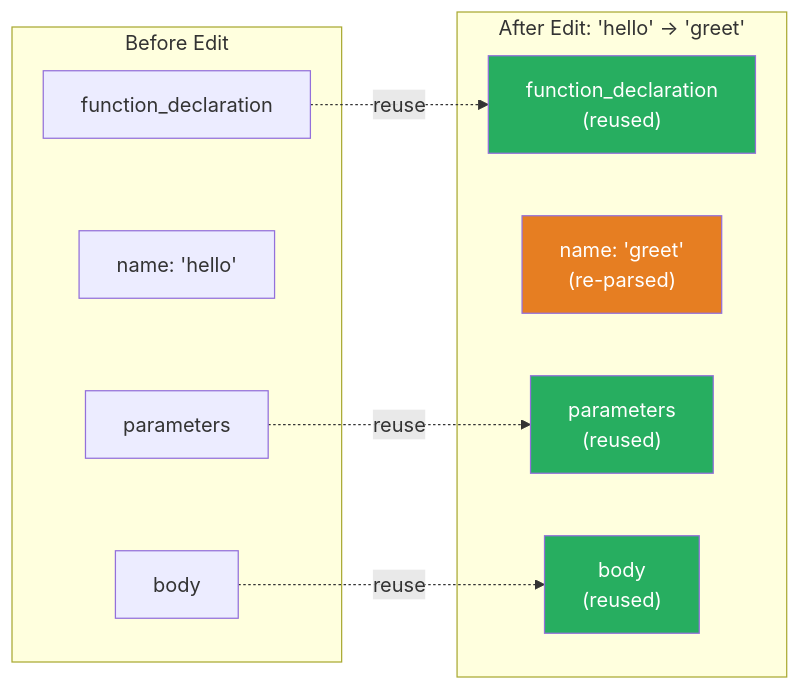
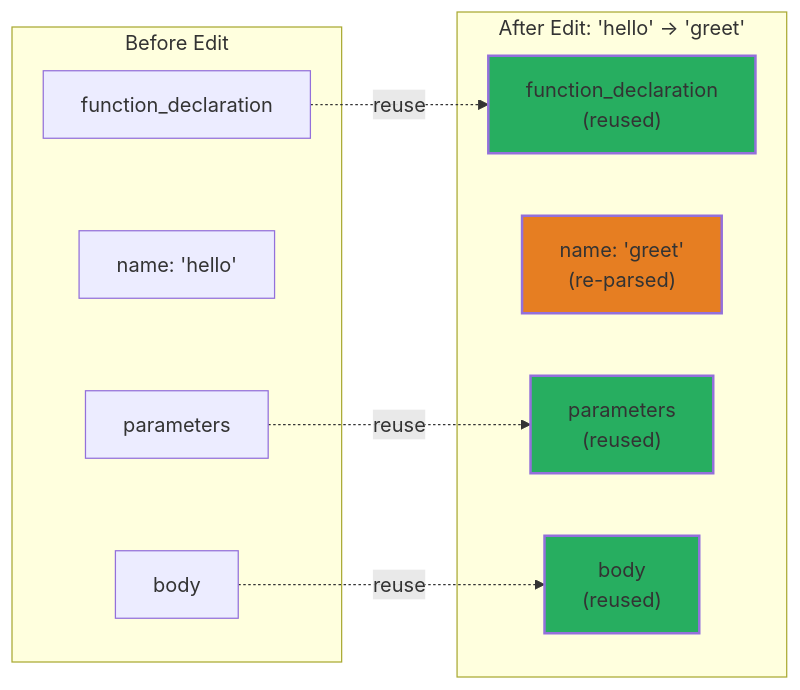
Before and after one commit to sampi02/amanmcp: the second of 9 diagrams in docs/concepts/tree-sitter-guide.md, drawn with Mermaid. The commit also changed other lines of this file and 59 other files, not shown here.

````diff
--- a/docs/concepts/tree-sitter-guide.md
+++ b/docs/concepts/tree-sitter-guide.md
@@ -65,25 +62,25 @@
 ```mermaid
 flowchart LR
     subgraph Before["Before Edit"]
         B1["function_declaration"]
         B2["name: 'hello'"]
         B3["parameters"]
         B4["body"]
     end
 
     subgraph After["After Edit: 'hello' → 'greet'"]
         A1["function_declaration<br/>(reused)"]
         A2["name: 'greet'<br/>(re-parsed)"]
         A3["parameters<br/>(reused)"]
         A4["body<br/>(reused)"]
     end
 
     B1 -.->|reuse| A1
     B3 -.->|reuse| A3
     B4 -.->|reuse| A4
 
-    style A2 fill:#e67e22,color:#fff
-    style A1 fill:#27ae60,color:#fff
-    style A3 fill:#27ae60,color:#fff
-    style A4 fill:#27ae60,color:#fff
+    style A2 fill:#e67e22,stroke-width:2px
+    style A1 fill:#27ae60,stroke-width:2px
+    style A3 fill:#27ae60,stroke-width:2px
+    style A4 fill:#27ae60,stroke-width:2px
 ```
````
